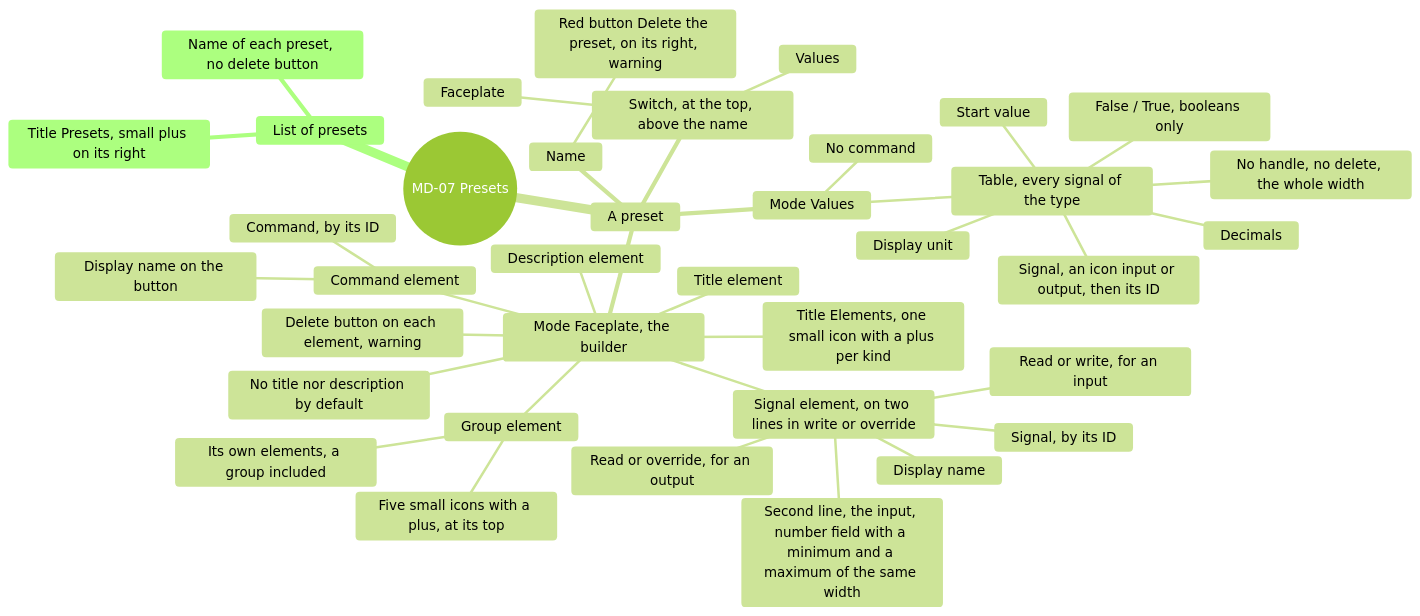
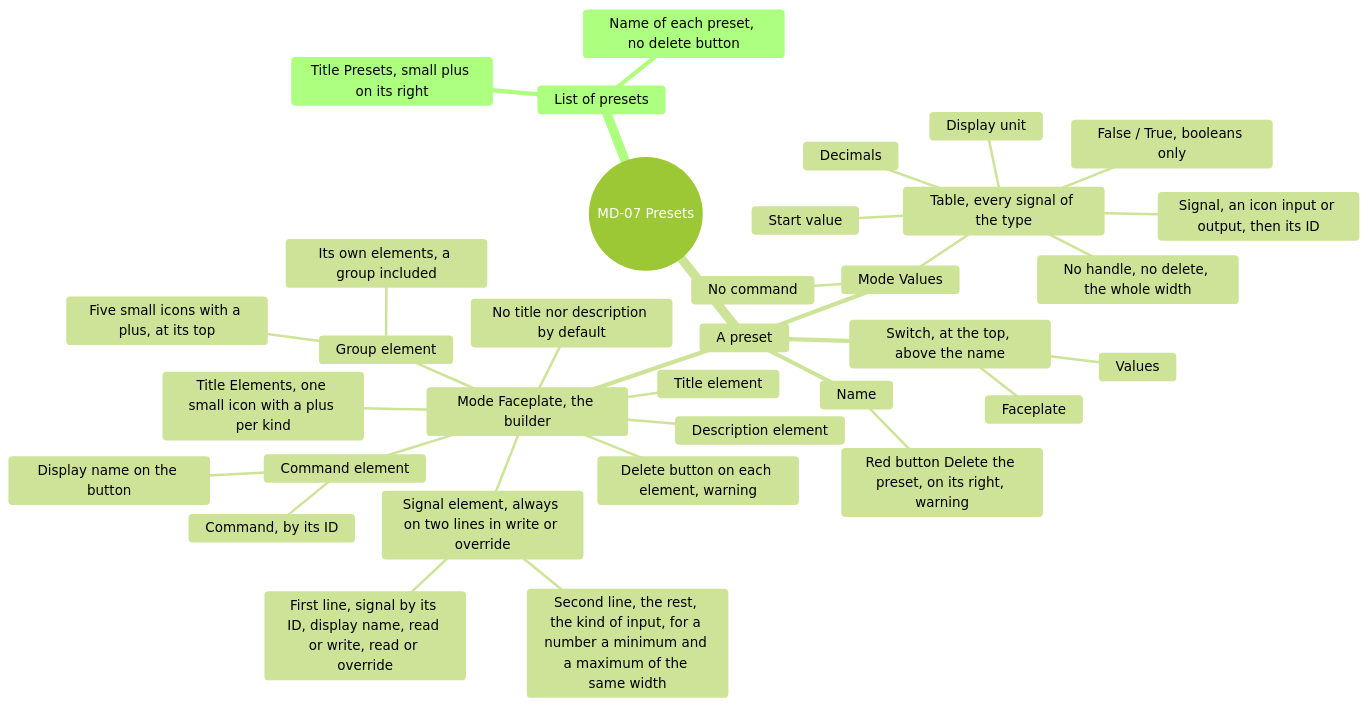
Diagram 12 of 16 in screens/metadata.md (AlexandreGallais/synoptic-studio-spec), drawn with Mermaid (forest theme) before and after one commit. The commit also changed other lines of this file and 4 other files, not shown here.

First line of the commit message:
feat(design-system): grouped unit list, two-line signals, clean focus

````diff
--- a/screens/metadata.md
+++ b/screens/metadata.md
@@ -368,40 +368,37 @@
 ```mermaid
 mindmap
   root((MD-07 Presets))
     List of presets
       Title Presets, small plus on its right
       Name of each preset, no delete button
     A preset
       Switch, at the top, above the name
         Values
         Faceplate
       Name
         Red button Delete the preset, on its right, warning
       Mode Values
         Table, every signal of the type
           No handle, no delete, the whole width
           Signal, an icon input or output, then its ID
           Display unit
           Decimals
           False / True, booleans only
           Start value
         No command
       Mode Faceplate, the builder
         No title nor description by default
         Title Elements, one small icon with a plus per kind
-        Signal element, on two lines in write or override
-          Signal, by its ID
-          Display name
-          Read or write, for an input
-          Read or override, for an output
-          Second line, the input, number field with a minimum and a maximum of the same width
+        Signal element, always on two lines in write or override
+          First line, signal by its ID, display name, read or write, read or override
+          Second line, the rest, the kind of input, for a number a minimum and a maximum of the same width
         Command element
           Command, by its ID
           Display name on the button
         Title element
         Description element
         Group element
           Five small icons with a plus, at its top
           Its own elements, a group included
         Delete button on each element, warning
 ```
````
